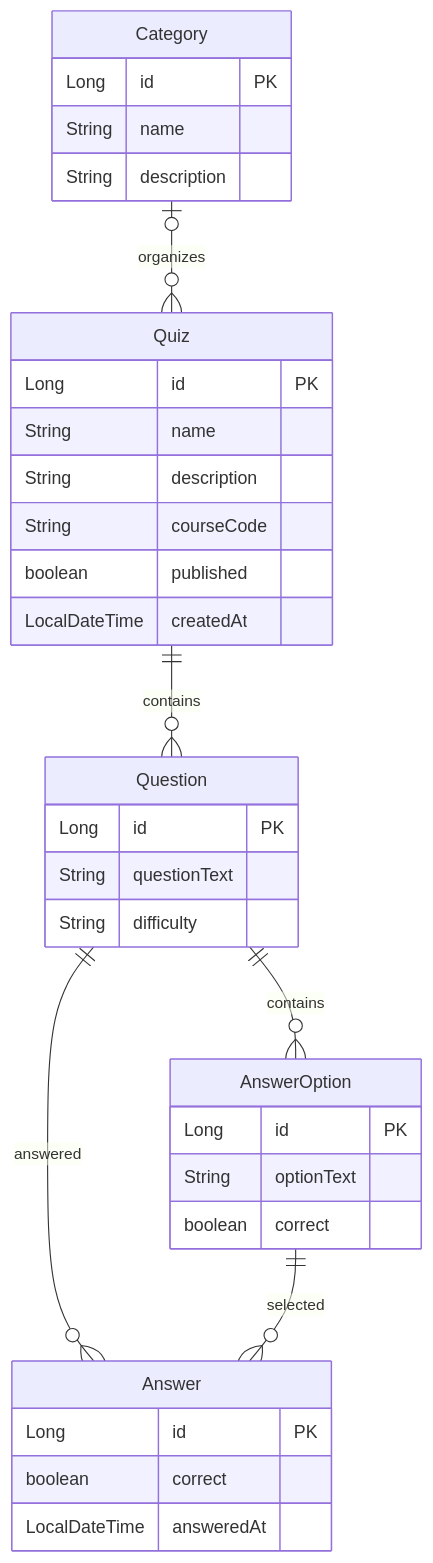
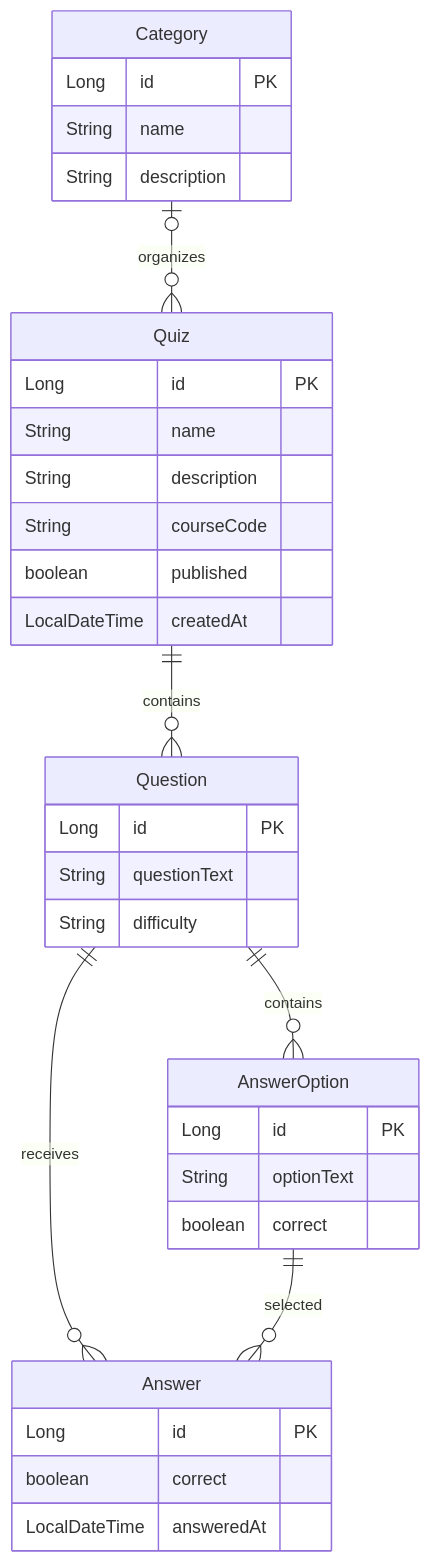
One commit to the-one-team-1/Quizzer changed the diagram in README.md. Above: the diagram before and after it, drawn with Mermaid. The commit also changed other lines of this file and 4 other files, not shown here.

````diff
--- a/README.md
+++ b/README.md
@@ -47,36 +61,36 @@
 ```mermaid
 erDiagram
-   Category {
-      Long id PK
-      String name
-      String description
-   }
-   Quiz {
-      Long id PK
-      String name
-      String description
-      String courseCode
-      boolean published
-      LocalDateTime createdAt
-   }
-   Question {
-      Long id PK
-      String questionText
-      String difficulty
-   }
-   AnswerOption {
-      Long id PK
-      String optionText
-      boolean correct
-   }
-   Answer {
-      Long id PK
-      boolean correct
-      LocalDateTime answeredAt
-   }
-   Category one or zero--0+ Quiz: "organizes"
-   Quiz 1--0+ Question: "contains"
-   Question 1--0+ AnswerOption: "contains"
-   Question 1--0+ Answer: "answered"
-   AnswerOption 1--0+ Answer: "selected"
+    Category {
+        Long id PK
+        String name
+        String description
+    }
+    Quiz {
+        Long id PK
+        String name
+        String description
+        String courseCode
+        boolean published
+        LocalDateTime createdAt
+    }
+    Question {
+        Long id PK
+        String questionText
+        String difficulty
+    }
+    AnswerOption {
+        Long id PK
+        String optionText
+        boolean correct
+    }
+    Answer {
+        Long id PK
+        boolean correct
+        LocalDateTime answeredAt
+    }
+    Category o|--o{ Quiz : organizes
+    Quiz ||--o{ Question : contains
+    Question ||--o{ AnswerOption : contains
+    Question ||--o{ Answer : receives
+    AnswerOption ||--o{ Answer : selected
 ```
````
